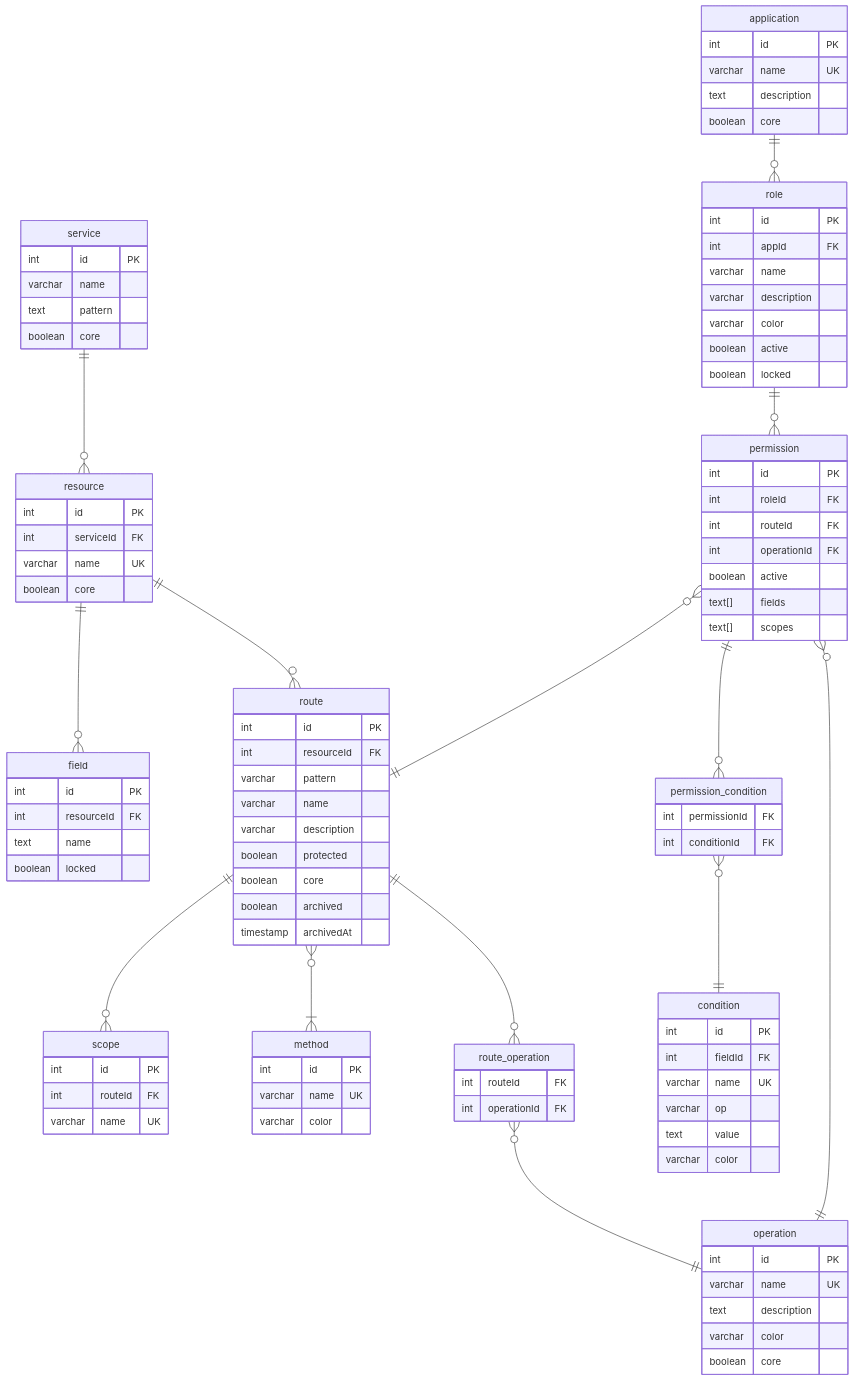
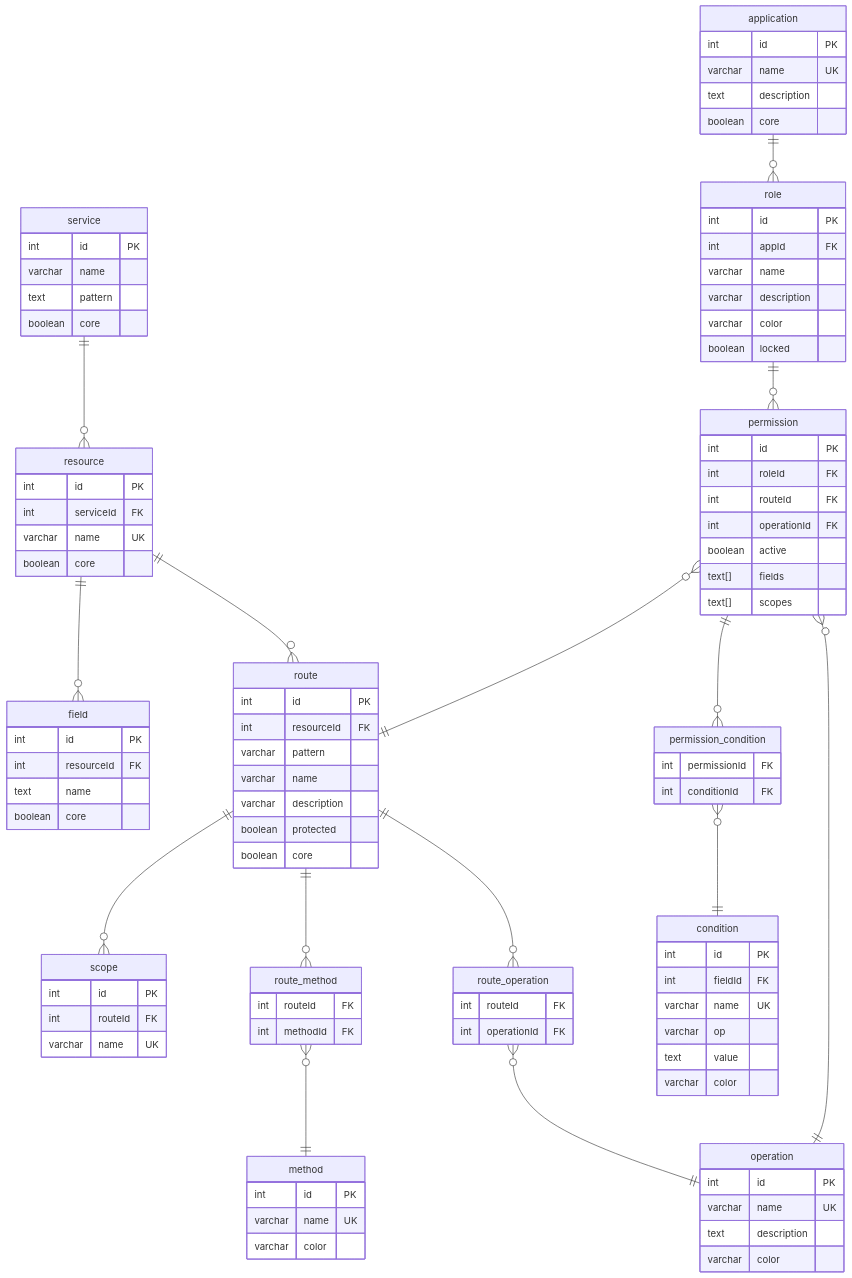
The first of 2 diagrams in doc/erd.md (ALTEN-group/Gatelin), drawn with Mermaid before and after one commit. The commit also changed other lines of this file and 189 other files, not shown here.

```diff
--- a/doc/erd.md
+++ b/doc/erd.md
@@ -10,7 +10,8 @@
   resource ||--o{ field : ""
   resource ||--o{ route : ""
   route ||--o{ scope : ""
-  route }o--|{ method : ""
+  route ||--o{ route_method : ""
+  route_method }o--|| method : ""
   route ||--o{ route_operation : ""
   route_operation }o--|| operation : ""
 
@@ -18,6 +19,11 @@
   permission }o--|| operation : ""
   permission ||--o{ permission_condition : ""
   permission_condition }o--|| condition : ""
+
+  route_method {
+    int routeId FK
+    int methodId FK
+  }
 
   route_operation {
     int routeId FK
@@ -36,7 +42,6 @@
     varchar name
     varchar description
     varchar color
-    boolean active
     boolean locked
   }
 
@@ -86,8 +91,6 @@
     varchar description
     boolean protected
     boolean core
-    boolean archived
-    timestamp archivedAt
   }
 
   method {
@@ -101,14 +104,13 @@
     varchar name UK
     text description
     varchar color
-    boolean core
   }
 
   field {
     int id PK
     int resourceId FK
     text name
-    boolean locked
+    boolean core
   }
 
   scope {
```
